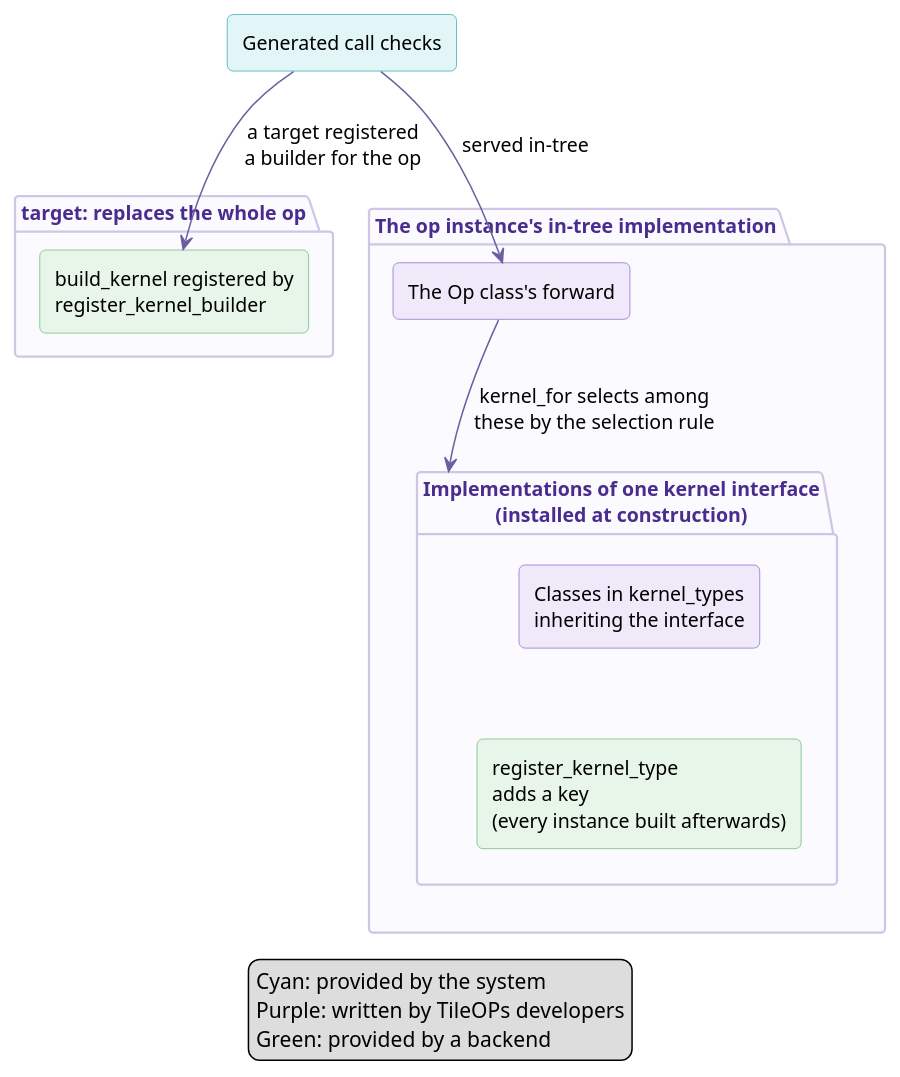
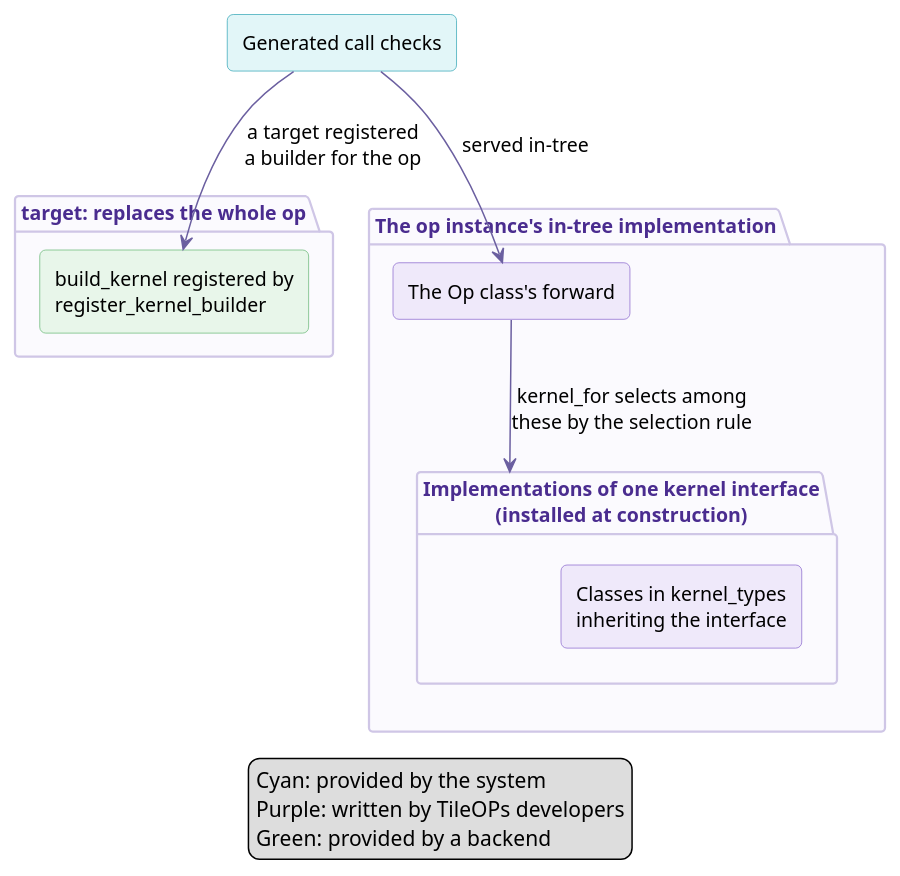
Before and after one commit to lcy-seso/TileOPs.github.io: the diagram in figures/user-guide/dispatch/extension.en.puml, drawn with PlantUML. The commit also changed 63 other files, not shown here.

First line of the commit message:
[Docs] Follow TileOPs' release renames, and drop register_kernel_type from the backend guides (#81)

```diff
--- a/figures/user-guide/dispatch/extension.en.puml
+++ b/figures/user-guide/dispatch/extension.en.puml
@@ -1,52 +1,50 @@
 @startuml extension
 skinparam defaultFontName "Noto Sans SC"
 skinparam defaultFontSize 13
 skinparam shadowing false
 skinparam ArrowColor #6B5FA0
 skinparam TitleFontColor #4A2C8F
 skinparam rectangle {
   RoundCorner 8
 }
 skinparam package {
   BorderColor #CFC6E6
   BackgroundColor #FBFAFE
   FontColor #4A2C8F
 }
 hide stereotype
 skinparam rectangle<<sys>> {
   BackgroundColor #E2F6F8
   BorderColor #3AA9B8
 }
 skinparam rectangle<<dev>> {
   BackgroundColor #EFE9FA
   BorderColor #8E6CCF
 }
 skinparam rectangle<<ext>> {
   BackgroundColor #E8F6EA
   BorderColor #6DBA7A
 }
 rectangle "Generated call checks" as chk <<sys>>
 
 package "target: replaces the whole op" {
   rectangle "build_kernel registered by\nregister_kernel_builder" as tgt <<ext>>
 }
 
 package "The op instance's in-tree implementation" {
   rectangle "The Op class's forward" as body <<dev>>
   package "Implementations of one kernel interface\n(installed at construction)" as snap {
     rectangle "Classes in kernel_types\ninheriting the interface" as intree <<dev>>
-    rectangle "register_kernel_type\nadds a key\n(every instance built afterwards)" as added <<ext>>
-    intree -[hidden]down- added
   }
 }
 
 chk --> tgt : a target registered\na builder for the op
 chk --> body : served in-tree
 body --> snap : kernel_for selects among\nthese by the selection rule
 
 legend bottom
   Cyan: provided by the system
   Purple: written by TileOPs developers
   Green: provided by a backend
 endlegend
 @enduml
```
